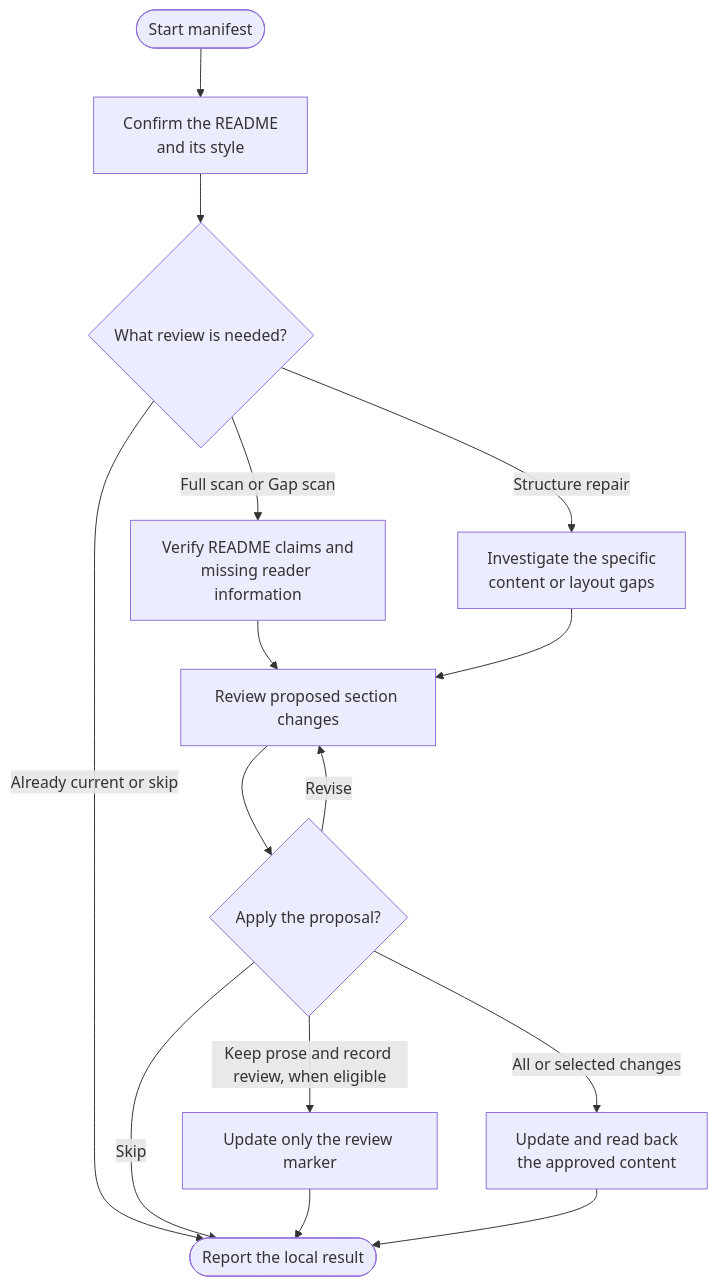
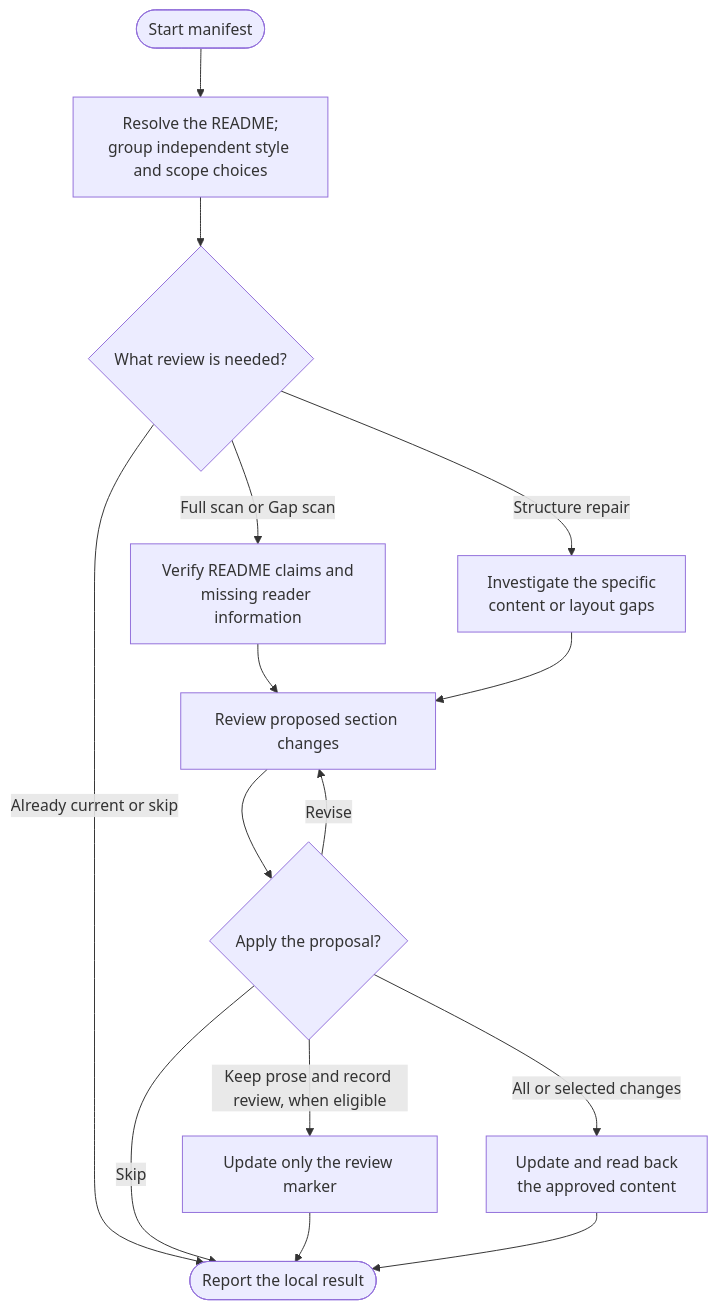
One commit to myowinthein/agent-helm changed the diagram in docs/commands/manifest/detailed.md. Above: the diagram before and after it, drawn with Mermaid. The commit also changed other lines of this file and 37 other files, not shown here.

````diff
--- a/docs/commands/manifest/detailed.md
+++ b/docs/commands/manifest/detailed.md
@@ -22,17 +22,17 @@
 ```mermaid
 flowchart TD
-  Start(["Start manifest"]) --> Target["Confirm the README<br/>and its style"]
+  Start(["Start manifest"]) --> Target["Resolve the README;<br/>group independent style and scope choices"]
   Target --> Scope{"What review is needed?"}
   Scope -->|Already current or skip| Finish(["Report the local result"])
   Scope -->|Full scan or Gap scan| Scan["Verify README claims and<br/>missing reader information"]
   Scope -->|Structure repair| Repair["Investigate the specific<br/>content or layout gaps"]
   Scan --> Review["Review proposed section changes"]
   Repair --> Review
   Review --> Choice{"Apply the proposal?"}
   Choice -->|Revise| Review
   Choice -->|Skip| Finish
   Choice -->|Keep prose and record review, when eligible| Marker["Update only the review marker"]
   Marker --> Finish
   Choice -->|All or selected changes| Write["Update and read back<br/>the approved content"]
   Write --> Finish
 ```
````
